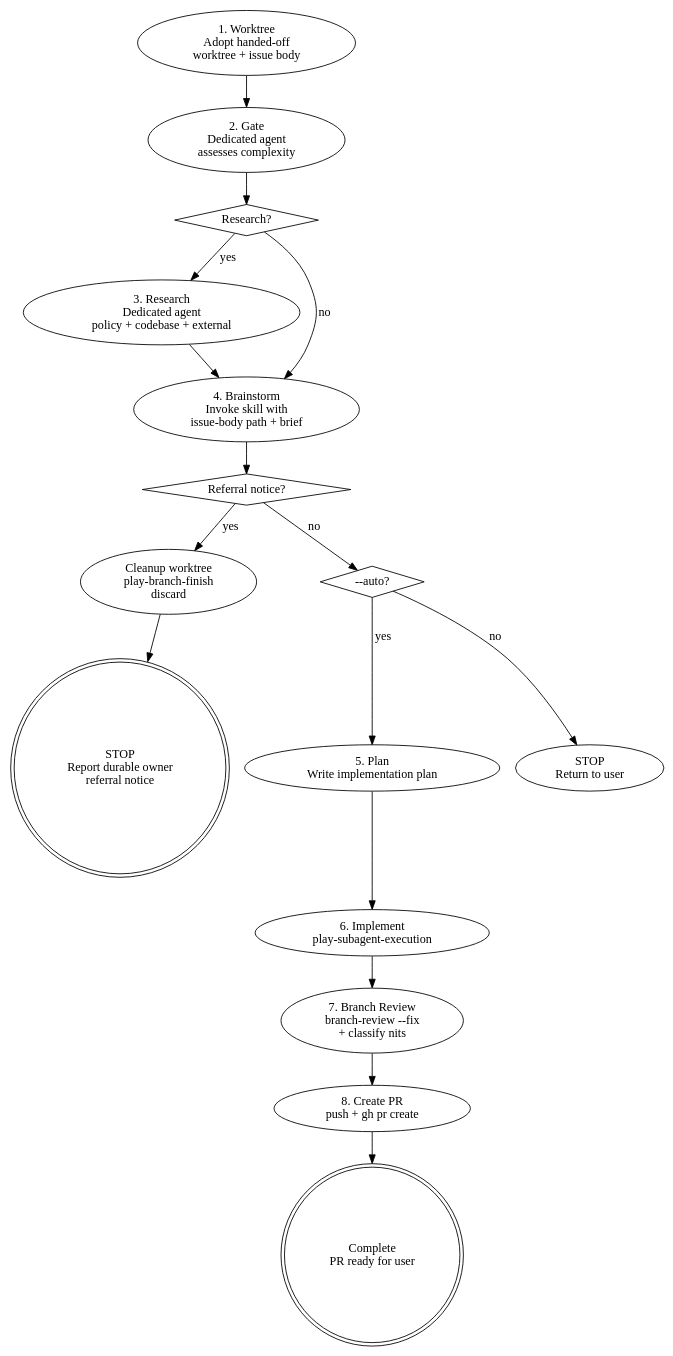
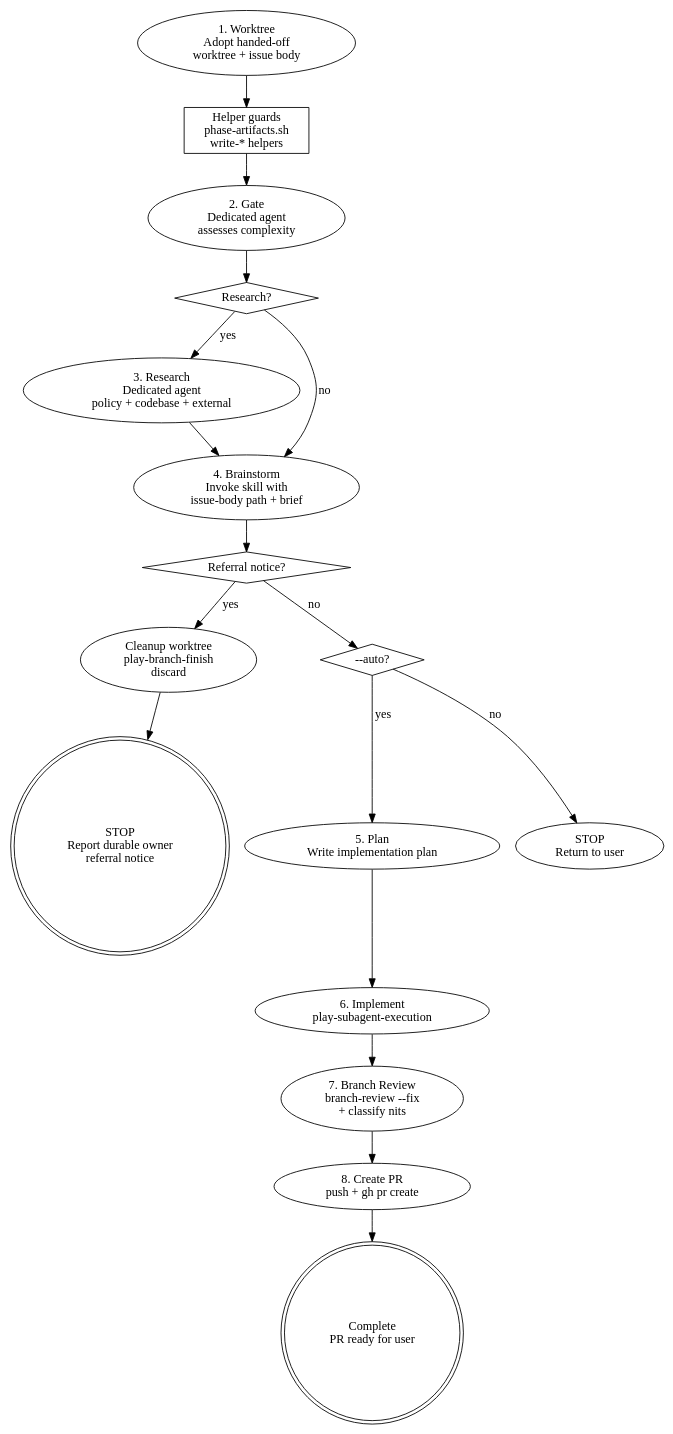
Before and after one commit to ryumiel/devcanon: the diagram in skills/issue-priming-workflow/references/workflow-diagram.md, drawn with Graphviz. The commit also changed 3 other files, not shown here.

````diff
--- a/skills/issue-priming-workflow/references/workflow-diagram.md
+++ b/skills/issue-priming-workflow/references/workflow-diagram.md
@@ -6,32 +6,33 @@
 ```dot
 digraph priming {
   rankdir=TB;
   worktree [label="1. Worktree\nAdopt handed-off\nworktree + issue body"];
+  helpers [label="Helper guards\nphase-artifacts.sh\nwrite-* helpers", shape=box];
   gate [label="2. Gate\nDedicated agent\nassesses complexity"];
   decide [label="Research?", shape=diamond];
   research [label="3. Research\nDedicated agent\npolicy + codebase + external"];
   brainstorm [label="4. Brainstorm\nInvoke skill with\nissue-body path + brief"];
   referral_check [label="Referral notice?", shape=diamond];
   cleanup [label="Cleanup worktree\nplay-branch-finish\ndiscard"];
   referral [label="STOP\nReport durable owner\nreferral notice", shape=doublecircle];
   auto_check [label="--auto?", shape=diamond];
   plan [label="5. Plan\nWrite implementation plan"];
   implement [label="6. Implement\nplay-subagent-execution"];
   stop_interactive [label="STOP\nReturn to user"];
 
-  worktree -> gate -> decide;
+  worktree -> helpers -> gate -> decide;
   decide -> research [label="yes"];
   decide -> brainstorm [label="no"];
   research -> brainstorm;
   brainstorm -> referral_check;
   referral_check -> cleanup [label="yes"];
   cleanup -> referral;
   referral_check -> auto_check [label="no"];
   auto_check -> plan [label="yes"];
   auto_check -> stop_interactive [label="no"];
   plan -> implement -> review -> create_pr -> done;
   review [label="7. Branch Review\nbranch-review --fix\n+ classify nits"];
   create_pr [label="8. Create PR\npush + gh pr create"];
   done [label="Complete\nPR ready for user", shape=doublecircle];
 }
 ```
````
